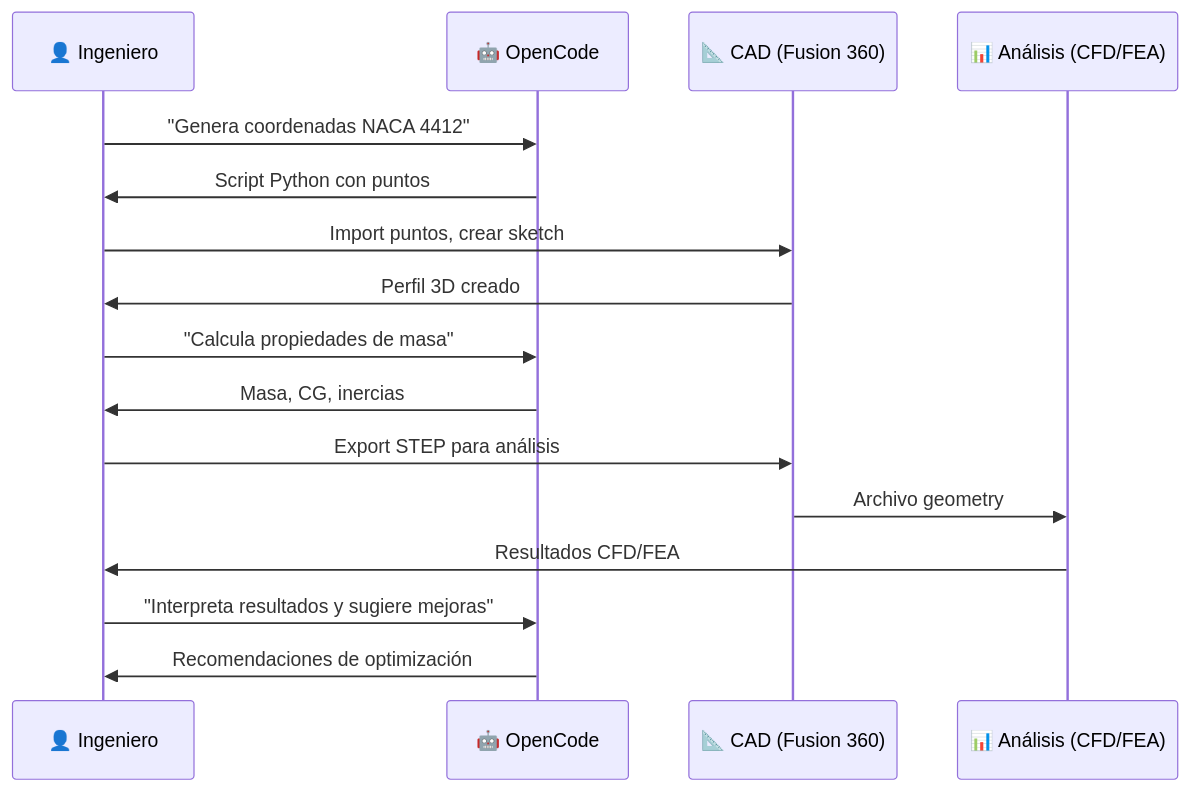
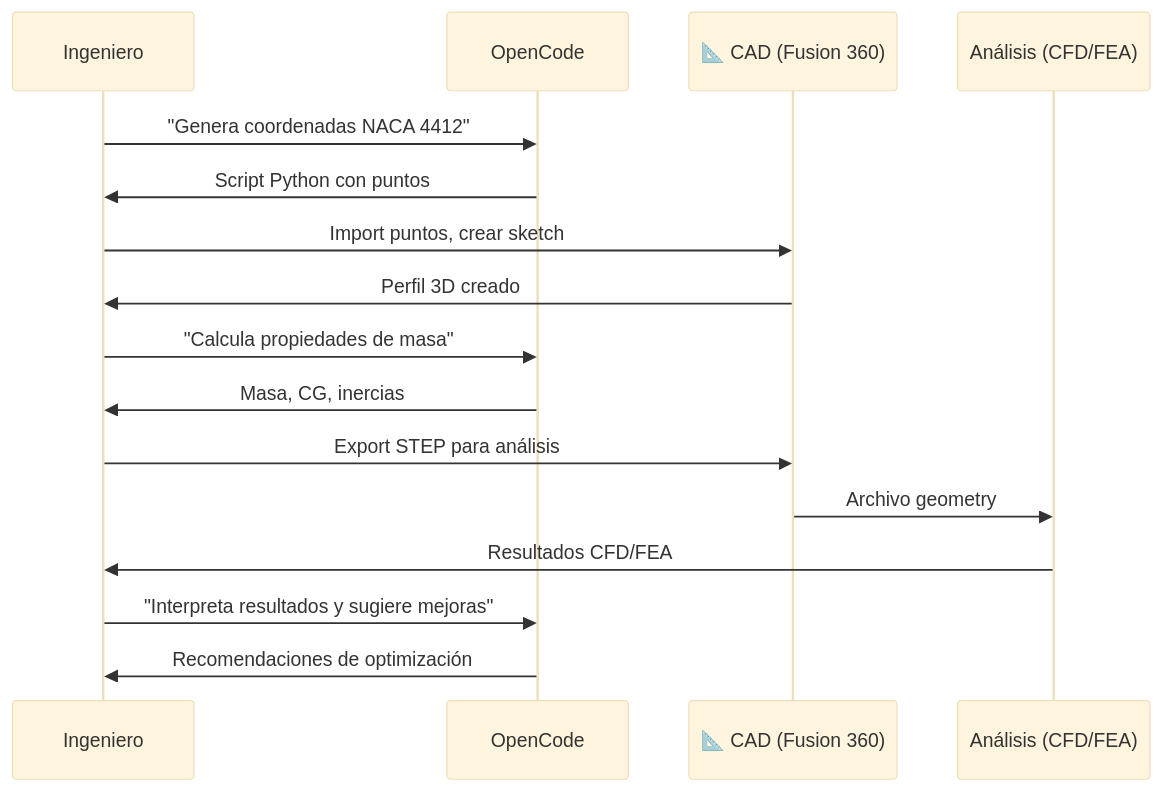
One commit to Ai-Whisperers/Courses-Content changed the ninth of 10 diagrams in courses/🟡-development/FPUNA-2026/03-INGENIERIA-AERONAUTICA/01-cad-ia.md. Above: the diagram before and after it, drawn with Mermaid. The commit also changed other lines of this file and 47 other files, not shown here.

First line of the commit message:
fix: Make all 473 diagrams WCAG AAA accessible (FPUNA-2026)

````diff
--- a/courses/🟡-development/FPUNA-2026/03-INGENIERIA-AERONAUTICA/01-cad-ia.md
+++ b/courses/🟡-development/FPUNA-2026/03-INGENIERIA-AERONAUTICA/01-cad-ia.md
@@ -877,19 +885,20 @@
 ```mermaid
+%%{init: {'theme':'base', 'themeVariables': {'fontSize':'18px'}}}%%
 sequenceDiagram
-    participant E as 👤 Ingeniero
-    participant O as 🤖 OpenCode
+    participant E as Ingeniero
+    participant O as OpenCode
     participant C as 📐 CAD (Fusion 360)
-    participant A as 📊 Análisis (CFD/FEA)
+    participant A as Análisis (CFD/FEA)
     
     E->>O: "Genera coordenadas NACA 4412"
     O->>E: Script Python con puntos
     E->>C: Import puntos, crear sketch
     C->>E: Perfil 3D creado
     E->>O: "Calcula propiedades de masa"
     O->>E: Masa, CG, inercias
     E->>C: Export STEP para análisis
     C->>A: Archivo geometry
     A->>E: Resultados CFD/FEA
     E->>O: "Interpreta resultados y sugiere mejoras"
     O->>E: Recomendaciones de optimización
 ```
````
